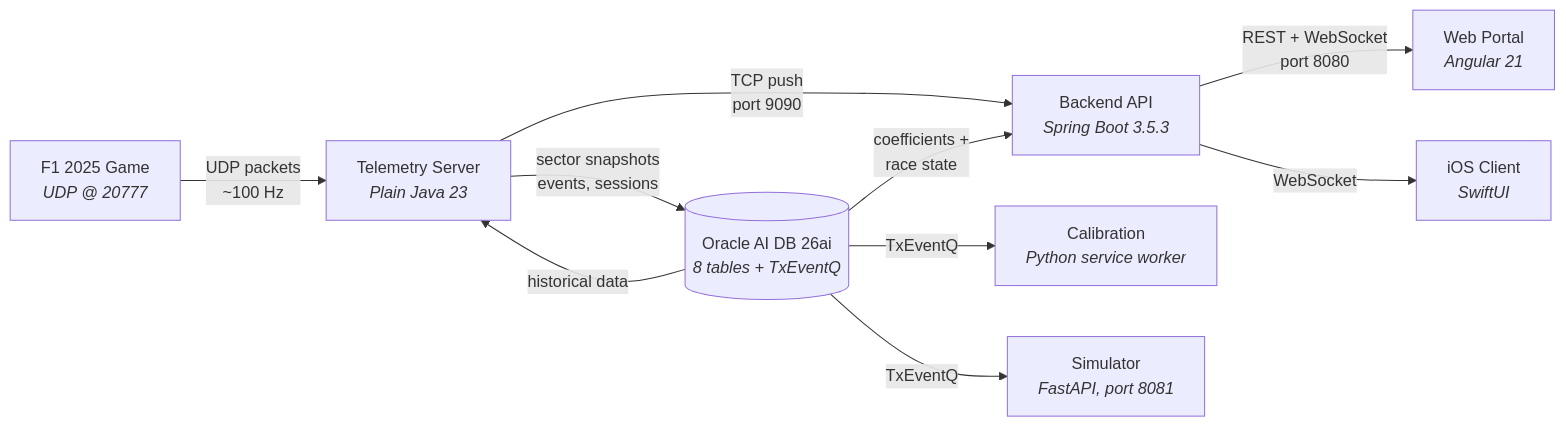
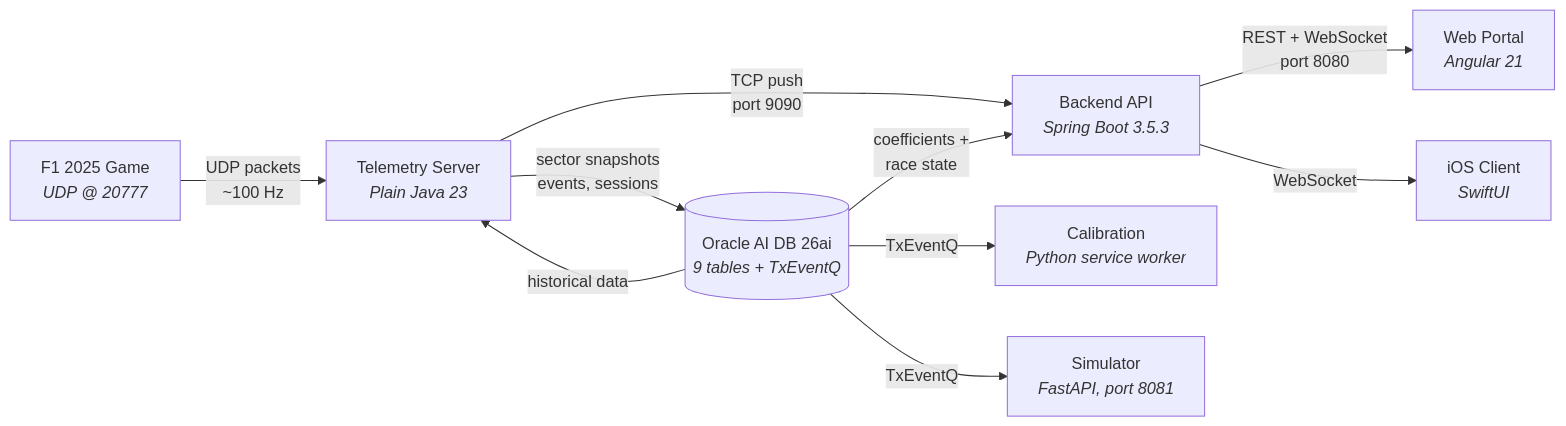
The first of 2 diagrams in README.md (vmleon/f12025-race-strategy-simulation), drawn with Mermaid before and after one commit. The commit also changed other lines of this file and 4 other files, not shown here.

````diff
--- a/README.md
+++ b/README.md
@@ -7,21 +7,21 @@
 ```mermaid
 graph LR
     Game["F1 2025 Game<br/><i>UDP @ 20777</i>"]
     Ingest["Telemetry Server<br/><i>Plain Java 23</i>"]
-    DB[("Oracle AI DB 26ai<br/><i>8 tables + TxEventQ</i>")]
+    DB[("Oracle AI DB 26ai<br/><i>9 tables + TxEventQ</i>")]
     Backend["Backend API<br/><i>Spring Boot 3.5.3</i>"]
     Calibration["Calibration<br/><i>Python service worker</i>"]
     Simulator["Simulator<br/><i>FastAPI, port 8081</i>"]
     Portal["Web Portal<br/><i>Angular 21</i>"]
     Client["iOS Client<br/><i>SwiftUI</i>"]
 
     Game -- "UDP packets<br/>~100 Hz" --> Ingest
     Ingest -- "sector snapshots<br/>events, sessions" --> DB
     Ingest -- "TCP push<br/>port 9090" --> Backend
     DB -- "historical data" --> Ingest
     DB -- "TxEventQ" --> Calibration
     DB -- "TxEventQ" --> Simulator
     DB -- "coefficients +<br/>race state" --> Backend
     Backend -- "REST + WebSocket<br/>port 8080" --> Portal
     Backend -- "WebSocket" --> Client
 ```
````
